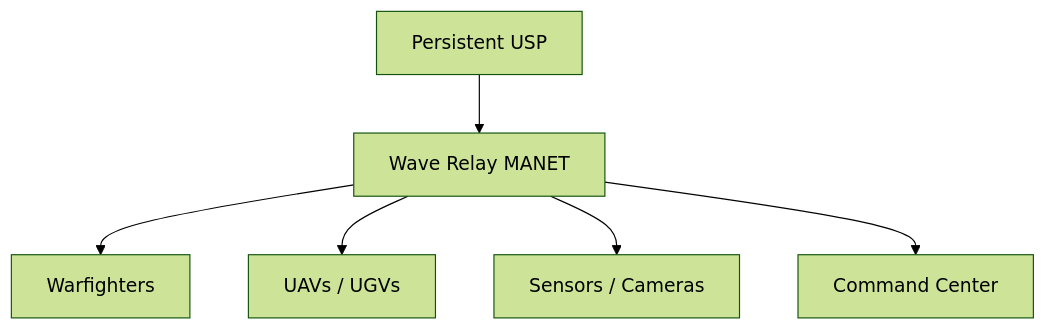
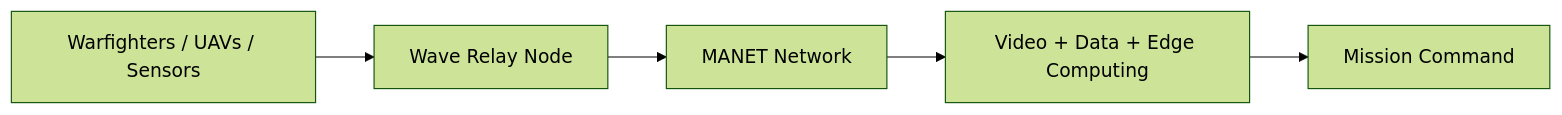
The ninth of 14 diagrams in HyperLink.md (vjk7989/project-flex), drawn with Mermaid (forest theme) before and after one commit. The commit also changed other lines of this file, not shown here.

````diff
--- a/HyperLink.md
+++ b/HyperLink.md
@@ -288,8 +446,7 @@
 ```mermaid
-flowchart TD
-    A["Persistent USP"] --> B["Wave Relay MANET"]
-    B --> C["Warfighters"]
-    B --> D["UAVs / UGVs"]
-    B --> E["Sensors / Cameras"]
-    B --> F["Command Center"]
+flowchart LR
+    A["Warfighters / UAVs / Sensors"] --> B["Wave Relay Node"]
+    B --> C["MANET Network"]
+    C --> D["Video + Data + Edge Computing"]
+    D --> E["Mission Command"]
 ```
````
